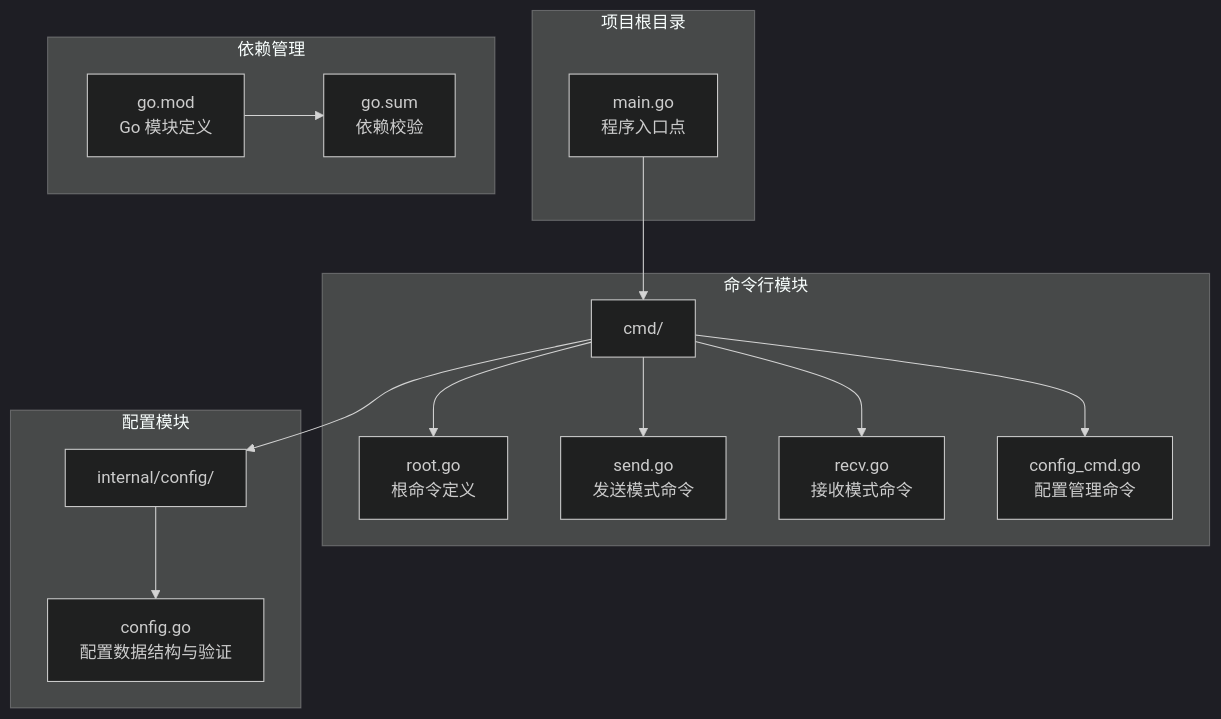
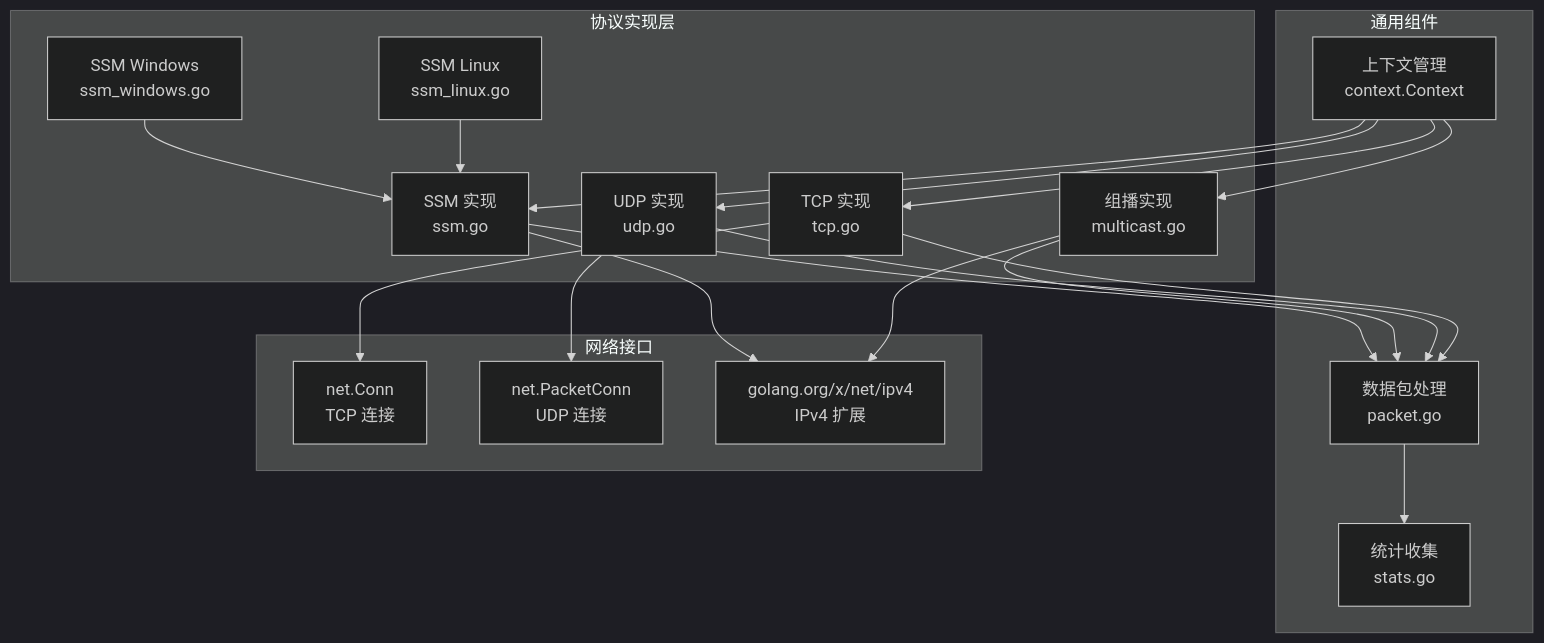
The third of 7 diagrams in .qoder/repowiki/zh/content/项目概述.md (yanzhen74/ping-x), drawn with Mermaid (dark theme) before and after one commit. The commit also changed other lines of this file and 16 other files, not shown here.

````diff
--- a/.qoder/repowiki/zh/content/项目概述.md
+++ b/.qoder/repowiki/zh/content/项目概述.md
@@ -57,29 +216,36 @@
 ```mermaid
 graph TB
-subgraph "项目根目录"
-M[main.go<br/>程序入口点]
+subgraph "协议实现层"
+TCP[TCP 实现<br/>tcp.go]
+UDP[UDP 实现<br/>udp.go]
+MULTICAST[组播实现<br/>multicast.go]
+SSM[SSM 实现<br/>ssm.go]
+SSM_LINUX[SSM Linux<br/>ssm_linux.go]
+SSM_WINDOWS[SSM Windows<br/>ssm_windows.go]
 end
-subgraph "命令行模块"
-CMD[cmd/]
-ROOT[root.go<br/>根命令定义]
-SEND[send.go<br/>发送模式命令]
-RECV[recv.go<br/>接收模式命令]
-CONFIG[config_cmd.go<br/>配置管理命令]
+subgraph "通用组件"
+PACKET[数据包处理<br/>packet.go]
+STATS[统计收集<br/>stats.go]
+CONTEXT[上下文管理<br/>context.Context]
 end
-subgraph "配置模块"
-CFG[internal/config/]
-CFGFILE[config.go<br/>配置数据结构与验证]
+subgraph "网络接口"
+NET_TCP[net.Conn<br/>TCP 连接]
+NET_UDP[net.PacketConn<br/>UDP 连接]
+NET_IPV4[golang.org/x/net/ipv4<br/>IPv4 扩展]
 end
-subgraph "依赖管理"
-MOD[go.mod<br/>Go 模块定义]
-SUM[go.sum<br/>依赖校验]
-end
-M --> CMD
-CMD --> ROOT
-CMD --> SEND
-CMD --> RECV
-CMD --> CONFIG
-CMD --> CFG
-CFG --> CFGFILE
-MOD --> SUM
+TCP --> PACKET
+UDP --> PACKET
+MULTICAST --> PACKET
+SSM --> PACKET
+PACKET --> STATS
+CONTEXT --> TCP
+CONTEXT --> UDP
+CONTEXT --> MULTICAST
+CONTEXT --> SSM
+TCP --> NET_TCP
+UDP --> NET_UDP
+MULTICAST --> NET_IPV4
+SSM --> NET_IPV4
+SSM_LINUX --> SSM
+SSM_WINDOWS --> SSM
 ```
````
